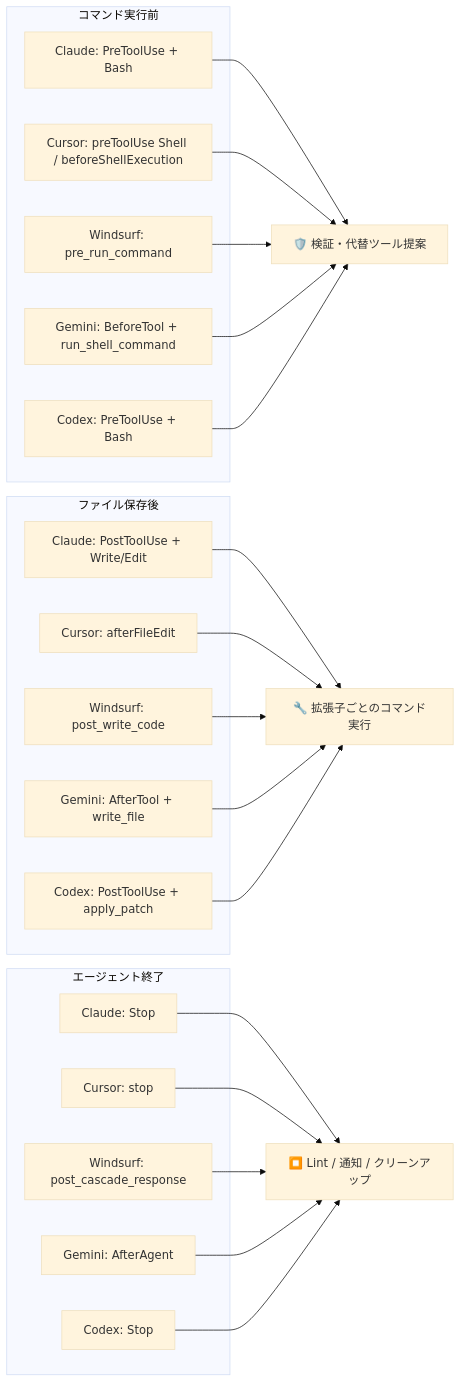
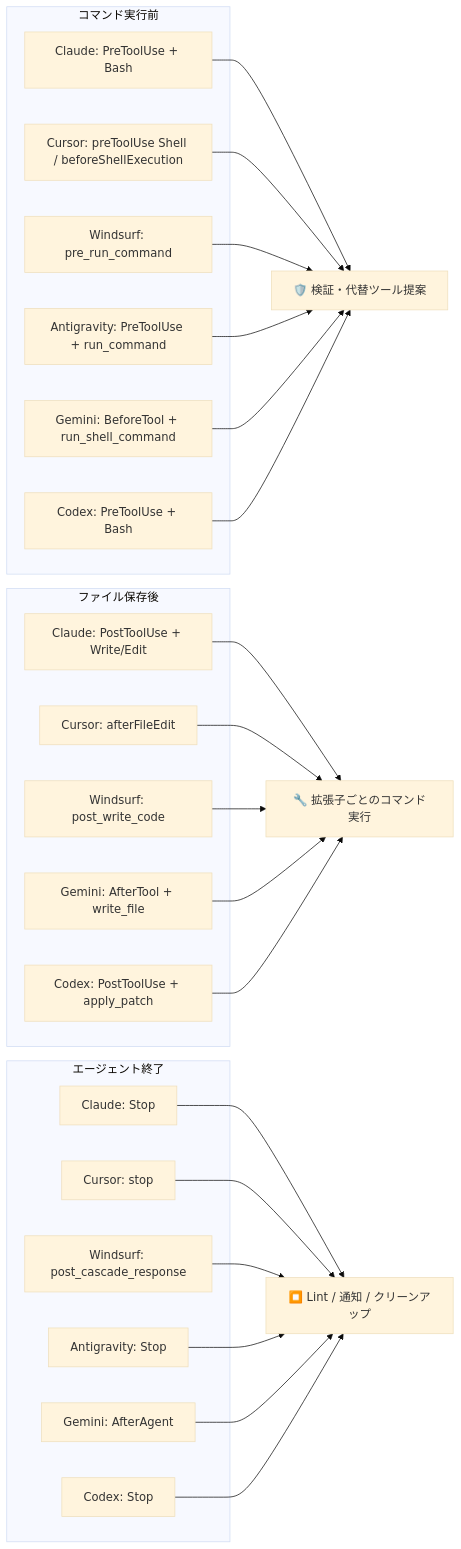
One commit to owayo/claw-hooks changed the diagram in README.ja.md. Above: the diagram before and after it, drawn with Mermaid (base theme). The commit also changed other lines of this file and 4 other files, not shown here.

````diff
--- a/README.ja.md
+++ b/README.ja.md
@@ -1013,44 +1095,48 @@
 ```mermaid
 graph LR
     subgraph コマンド実行前
         CC1[Claude: PreToolUse + Bash]
         CU1[Cursor: preToolUse Shell / beforeShellExecution]
         WS1[Windsurf: pre_run_command]
+        AG1[Antigravity: PreToolUse + run_command]
         GE1[Gemini: BeforeTool + run_shell_command]
         CX1[Codex: PreToolUse + Bash]
     end
     CH1[🛡️ 検証・代替ツール提案]
     CC1 --> CH1
     CU1 --> CH1
     WS1 --> CH1
+    AG1 --> CH1
     GE1 --> CH1
     CX1 --> CH1
 
     subgraph ファイル保存後
         CC2[Claude: PostToolUse + Write/Edit]
         CU2[Cursor: afterFileEdit]
         WS2[Windsurf: post_write_code]
         GE2[Gemini: AfterTool + write_file]
         CX2[Codex: PostToolUse + apply_patch]
     end
     CH2[🔧 拡張子ごとのコマンド実行]
     CC2 --> CH2
     CU2 --> CH2
     WS2 --> CH2
     GE2 --> CH2
     CX2 --> CH2
 
     subgraph エージェント終了
         CC3[Claude: Stop]
         CU3[Cursor: stop]
         WS3[Windsurf: post_cascade_response]
+        AG3[Antigravity: Stop]
         GE3[Gemini: AfterAgent]
         CX3[Codex: Stop]
     end
     CH3[⏹️ Lint / 通知 / クリーンアップ]
     CC3 --> CH3
     CU3 --> CH3
     WS3 --> CH3
+    AG3 --> CH3
     GE3 --> CH3
     CX3 --> CH3
 ```
````
